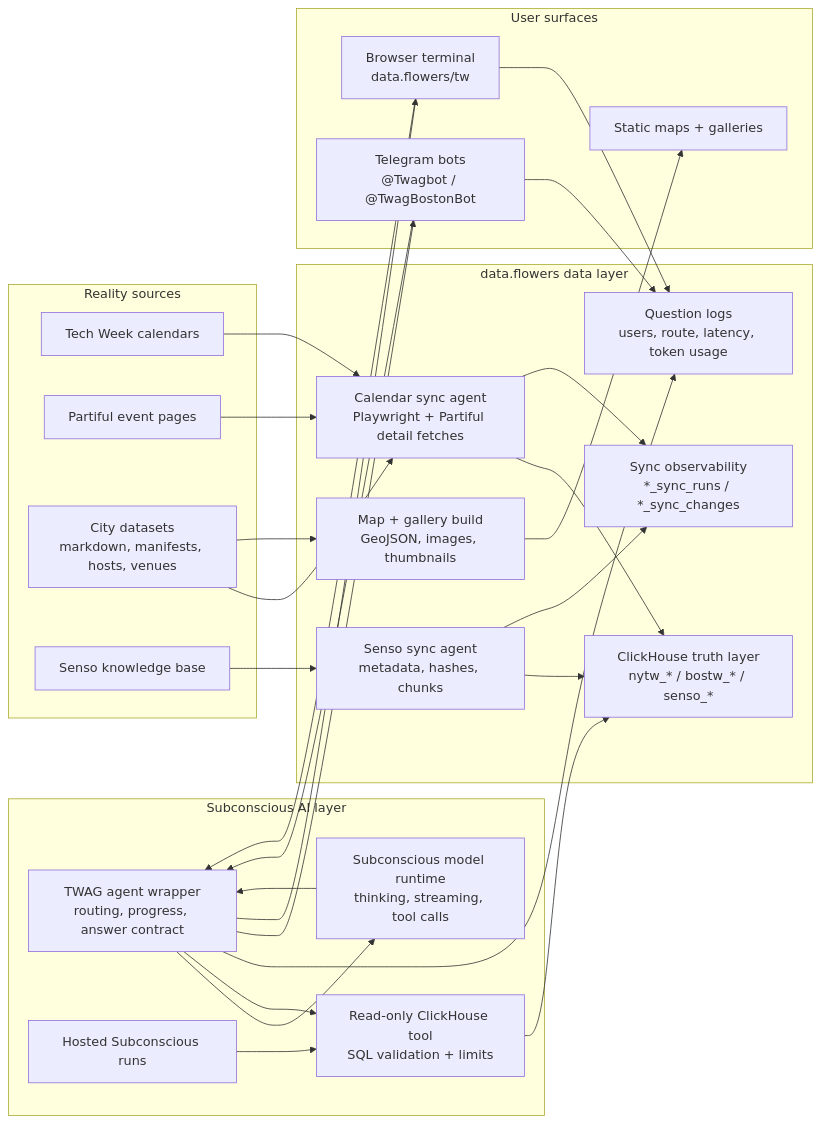
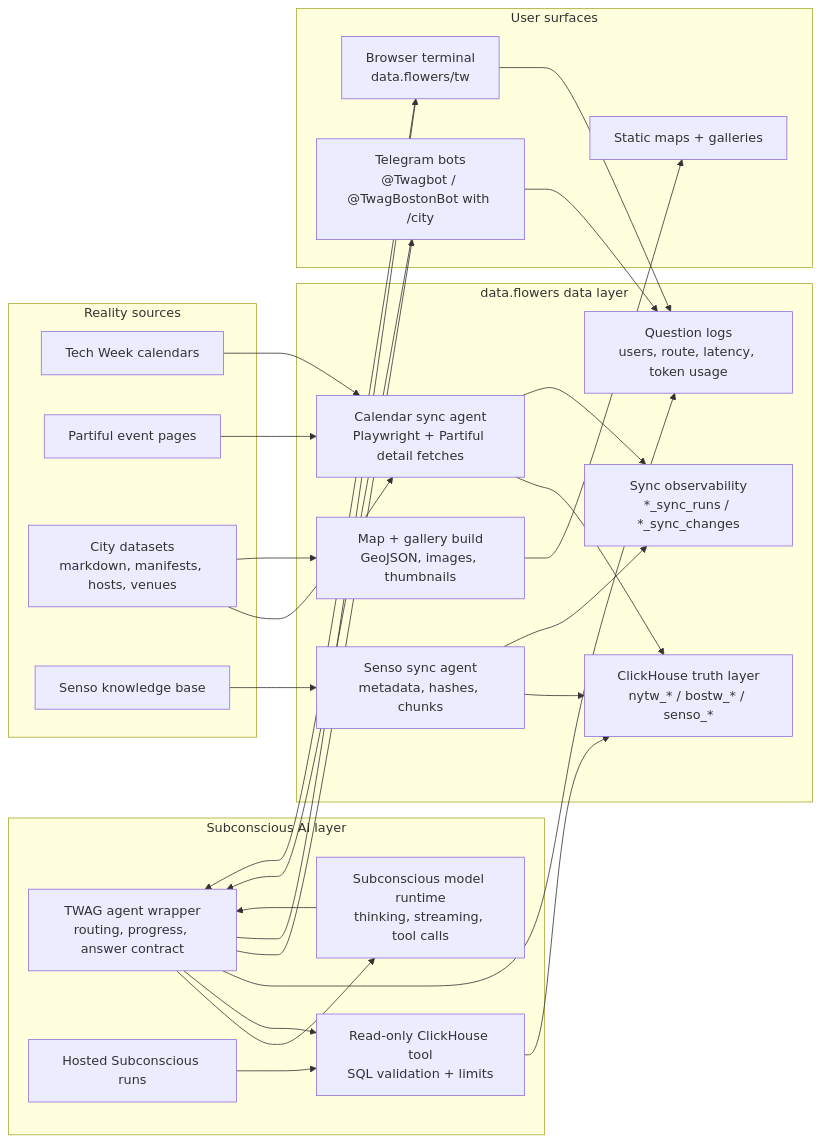
The diagram in README.md (aleksj/twag), drawn with Mermaid before and after one commit. The commit also changed other lines of this file and 22 other files, not shown here.

Commit message:
Improve terminal controls and deploy flow

````diff
--- a/README.md
+++ b/README.md
@@ -116,56 +116,56 @@
 ```mermaid
 flowchart LR
   subgraph Reality["Reality sources"]
     A["Tech Week calendars"]
     B["Partiful event pages"]
     C["City datasets<br/>markdown, manifests, hosts, venues"]
     D["Senso knowledge base"]
   end
 
   subgraph DataFlowers["data.flowers data layer"]
     E["Calendar sync agent<br/>Playwright + Partiful detail fetches"]
     F["Senso sync agent<br/>metadata, hashes, chunks"]
     G["ClickHouse truth layer<br/>nytw_* / bostw_* / senso_*"]
     H["Sync observability<br/>*_sync_runs / *_sync_changes"]
     I["Map + gallery build<br/>GeoJSON, images, thumbnails"]
     J["Question logs<br/>users, route, latency, token usage"]
   end
 
   subgraph SubconsciousLayer["Subconscious AI layer"]
     K["TWAG agent wrapper<br/>routing, progress, answer contract"]
     L["Subconscious model runtime<br/>thinking, streaming, tool calls"]
     M["Read-only ClickHouse tool<br/>SQL validation + limits"]
     N["Hosted Subconscious runs"]
   end
 
   subgraph Users["User surfaces"]
-    O["Telegram bots<br/>@Twagbot / @TwagBostonBot"]
+    O["Telegram bots<br/>@Twagbot / @TwagBostonBot with /city"]
     P["Browser terminal<br/>data.flowers/tw"]
     Q["Static maps + galleries"]
   end
 
   A --> E
   B --> E
   C --> E
   D --> F
   E --> G
   E --> H
   F --> G
   F --> H
   C --> I
   I --> Q
 
   O --> K
   P --> K
   K --> L
   L --> K
   K --> M
   M --> G
   K --> J
   O --> J
   P --> J
   K --> O
   K --> P
 
   N --> M
 ```
````
